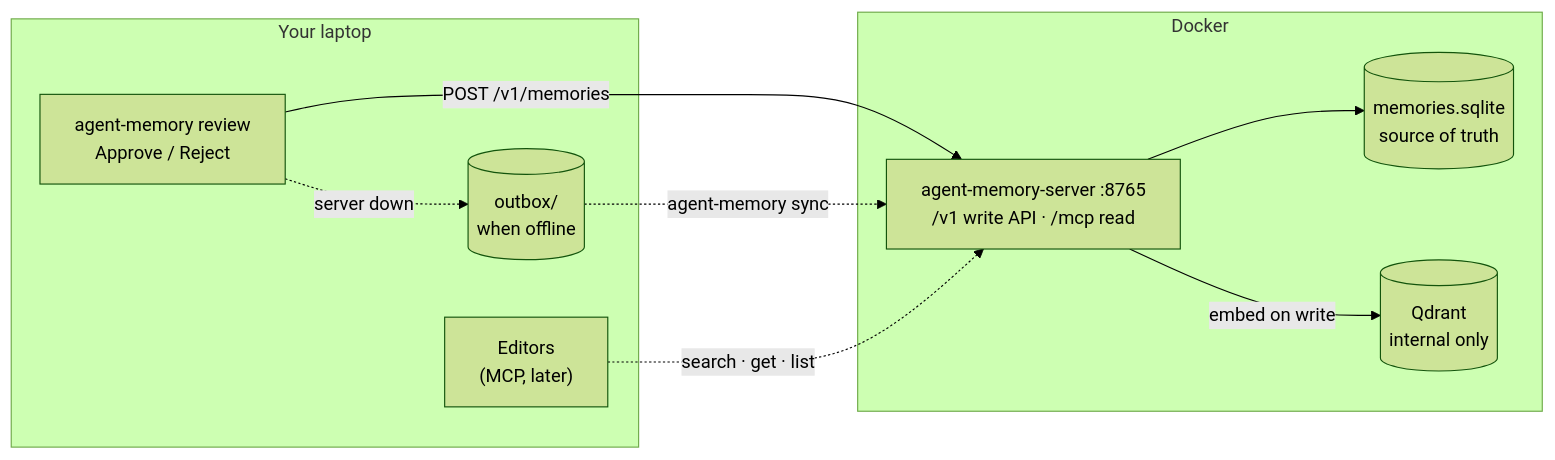
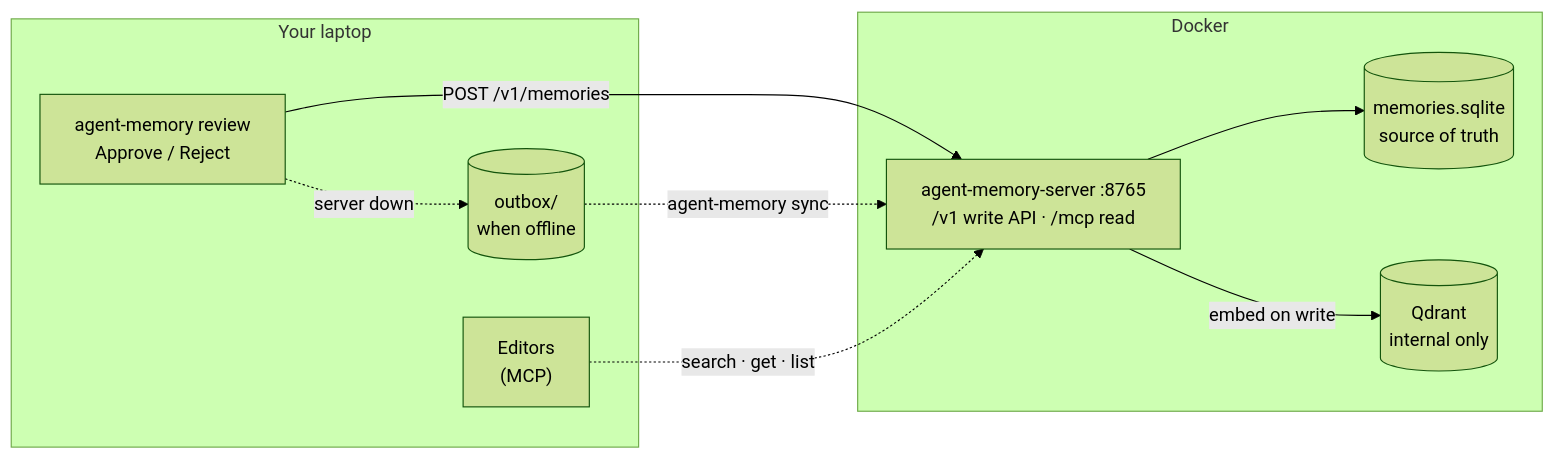
One commit to roune/agent-memory changed the second of 2 diagrams in README.md. Above: the diagram before and after it, drawn with Mermaid (forest theme). The commit also changed other lines of this file and 13 other files, not shown here.

````diff
--- a/README.md
+++ b/README.md
@@ -26,18 +26,18 @@
 ```mermaid
 flowchart LR
   subgraph laptop["Your laptop"]
     cli["agent-memory review<br/>Approve / Reject"]
     outbox[("outbox/<br/>when offline")]
-    editors["Editors<br/>(MCP, later)"]
+    editors["Editors<br/>(MCP)"]
   end
   subgraph docker["Docker"]
     server["agent-memory-server :8765<br/>/v1 write API · /mcp read"]
     sqlite[("memories.sqlite<br/>source of truth")]
     qdrant[("Qdrant<br/>internal only")]
   end
   cli -- "POST /v1/memories" --> server
   cli -. "server down" .-> outbox -. "agent-memory sync" .-> server
   editors -. "search · get · list" .-> server
   server --> sqlite
   server -- "embed on write" --> qdrant
 ```
````
